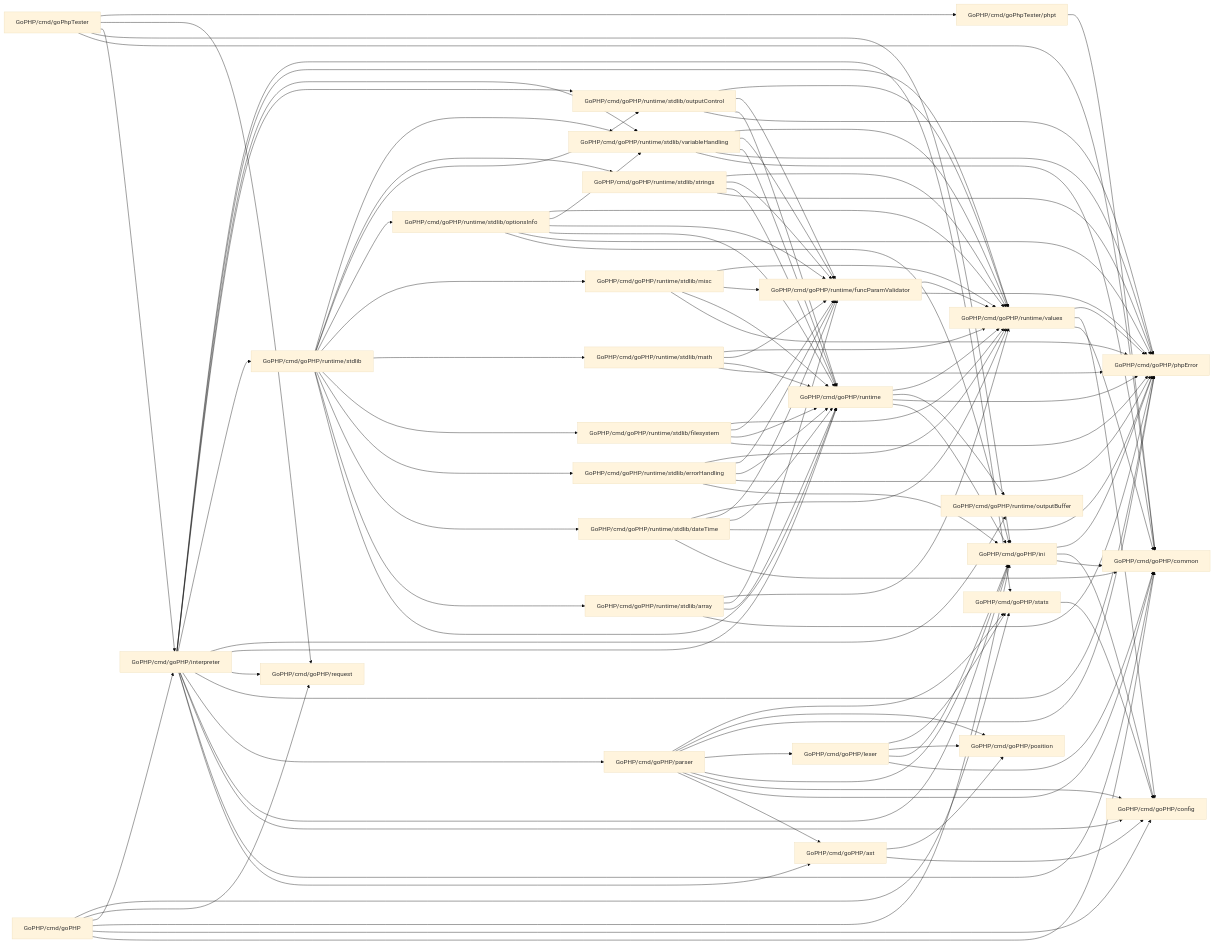
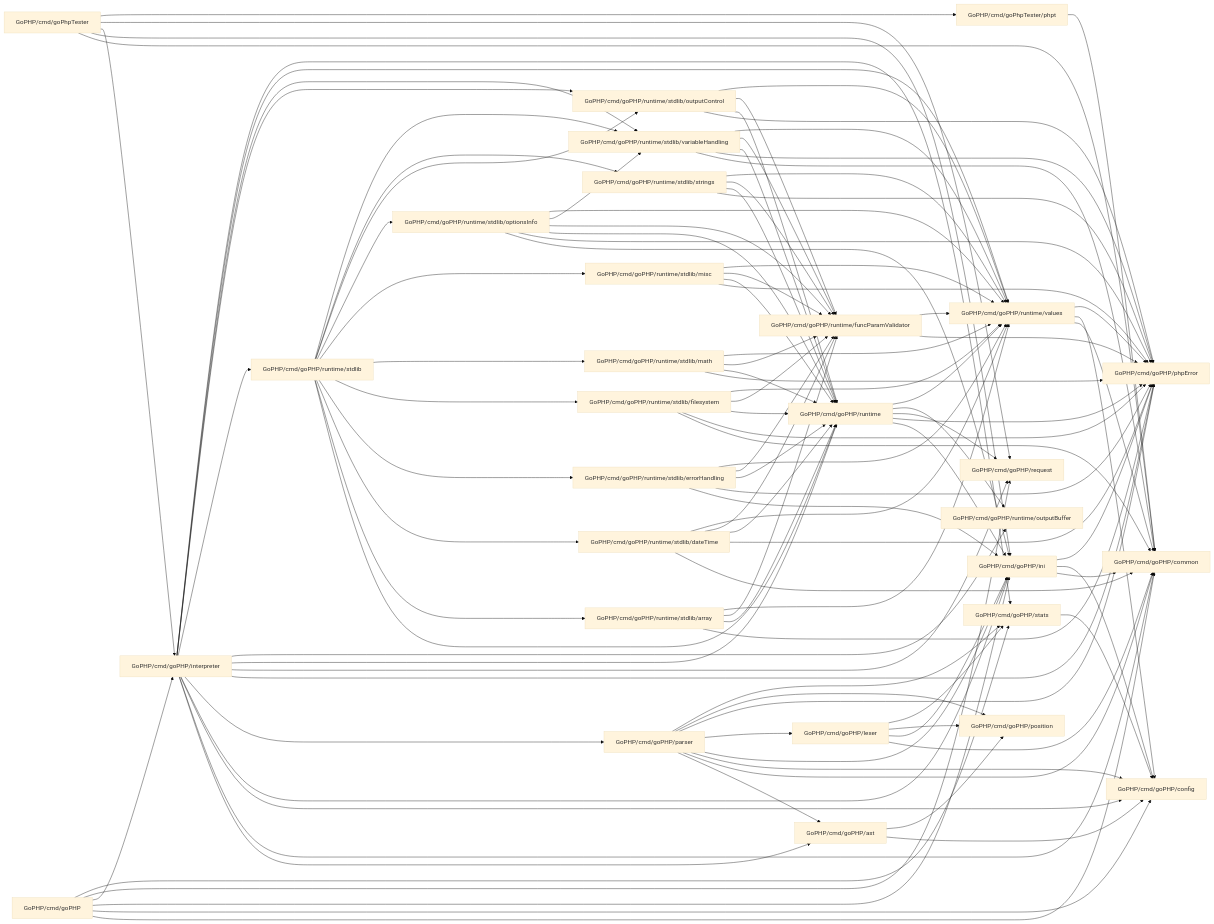
One commit to MasterZydra/QIQ changed the diagram in doc/Packages.md. Above: the diagram before and after it, drawn with Mermaid (base theme). The commit also changed 9 other files, not shown here.

```diff
--- a/doc/Packages.md
+++ b/doc/Packages.md
@@ -47,6 +47,7 @@
 
     GoPHP_cmd_goPHP_runtime[GoPHP/cmd/goPHP/runtime] --> GoPHP_cmd_goPHP_ini[GoPHP/cmd/goPHP/ini]
     GoPHP_cmd_goPHP_runtime[GoPHP/cmd/goPHP/runtime] --> GoPHP_cmd_goPHP_phpError[GoPHP/cmd/goPHP/phpError]
+    GoPHP_cmd_goPHP_runtime[GoPHP/cmd/goPHP/runtime] --> GoPHP_cmd_goPHP_request[GoPHP/cmd/goPHP/request]
     GoPHP_cmd_goPHP_runtime[GoPHP/cmd/goPHP/runtime] --> GoPHP_cmd_goPHP_runtime_outputBuffer[GoPHP/cmd/goPHP/runtime/outputBuffer]
     GoPHP_cmd_goPHP_runtime[GoPHP/cmd/goPHP/runtime] --> GoPHP_cmd_goPHP_runtime_values[GoPHP/cmd/goPHP/runtime/values]
 
@@ -82,6 +83,7 @@
     GoPHP_cmd_goPHP_runtime_stdlib_errorHandling[GoPHP/cmd/goPHP/runtime/stdlib/errorHandling] --> GoPHP_cmd_goPHP_runtime_funcParamValidator[GoPHP/cmd/goPHP/runtime/funcParamValidator]
     GoPHP_cmd_goPHP_runtime_stdlib_errorHandling[GoPHP/cmd/goPHP/runtime/stdlib/errorHandling] --> GoPHP_cmd_goPHP_runtime_values[GoPHP/cmd/goPHP/runtime/values]
 
+    GoPHP_cmd_goPHP_runtime_stdlib_filesystem[GoPHP/cmd/goPHP/runtime/stdlib/filesystem] --> GoPHP_cmd_goPHP_common[GoPHP/cmd/goPHP/common]
     GoPHP_cmd_goPHP_runtime_stdlib_filesystem[GoPHP/cmd/goPHP/runtime/stdlib/filesystem] --> GoPHP_cmd_goPHP_phpError[GoPHP/cmd/goPHP/phpError]
     GoPHP_cmd_goPHP_runtime_stdlib_filesystem[GoPHP/cmd/goPHP/runtime/stdlib/filesystem] --> GoPHP_cmd_goPHP_runtime[GoPHP/cmd/goPHP/runtime]
     GoPHP_cmd_goPHP_runtime_stdlib_filesystem[GoPHP/cmd/goPHP/runtime/stdlib/filesystem] --> GoPHP_cmd_goPHP_runtime_funcParamValidator[GoPHP/cmd/goPHP/runtime/funcParamValidator]
```
